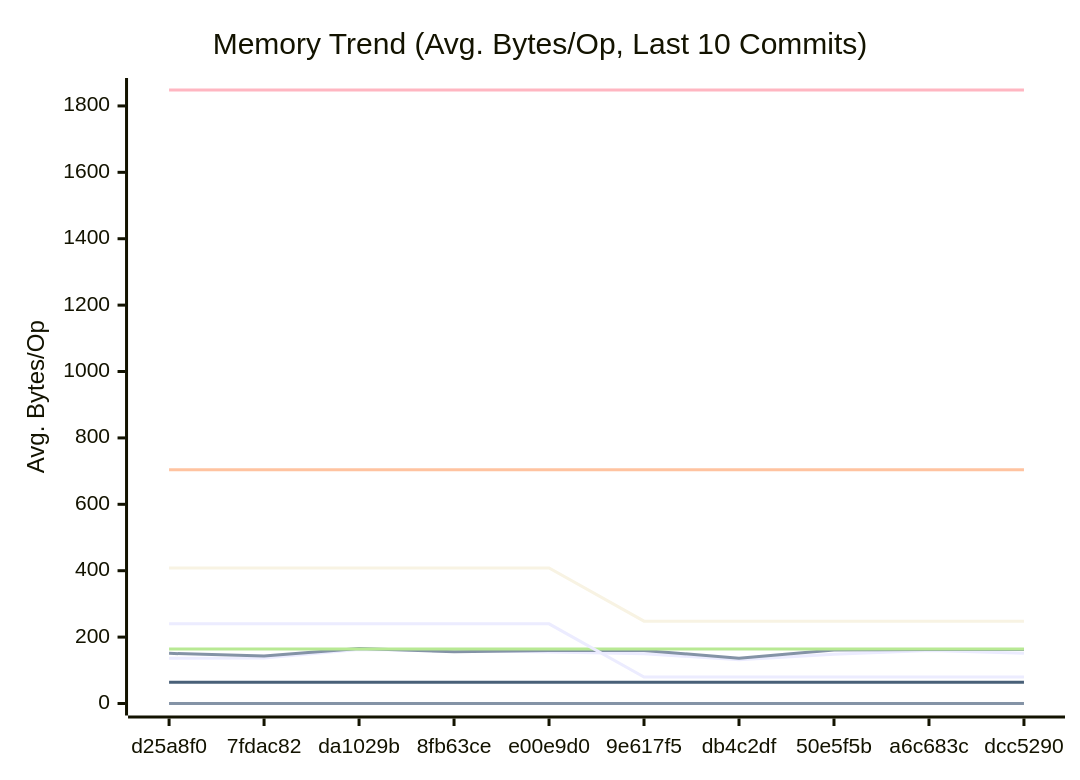
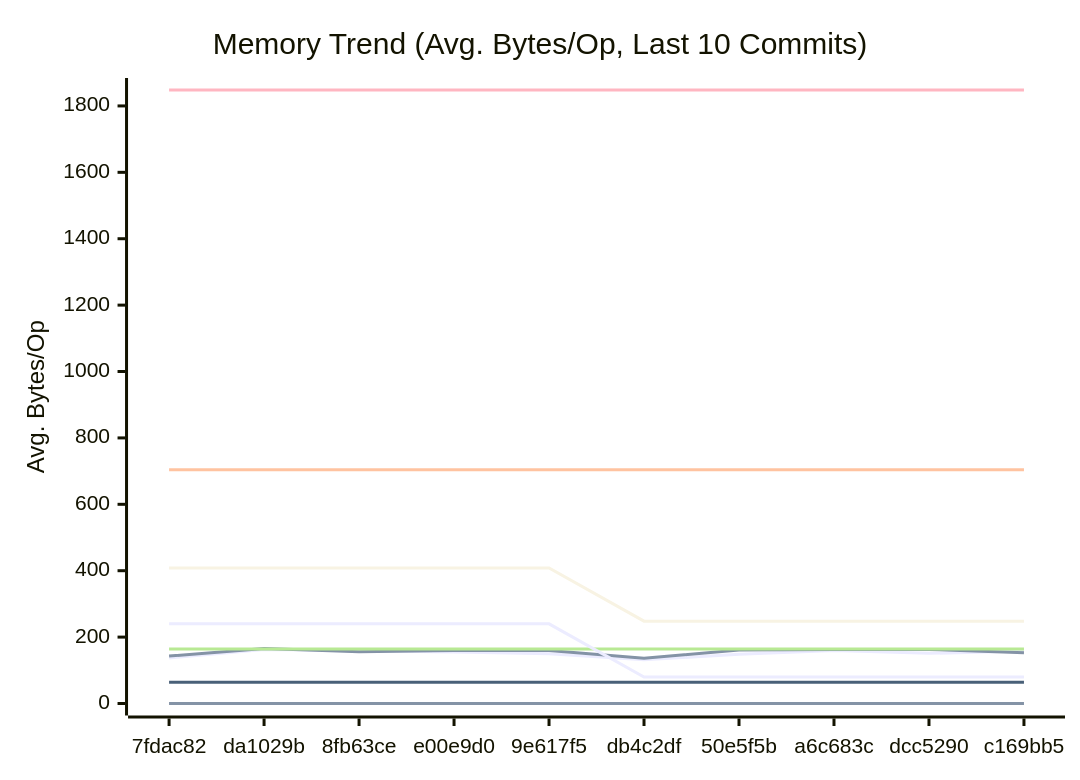
The second of 3 diagrams in docs/PERFORMANCE.md (alsotoes/momo), drawn with Mermaid before and after one commit. The commit also changed other lines of this file and 3 other files, not shown here.

````diff
--- a/docs/PERFORMANCE.md
+++ b/docs/PERFORMANCE.md
@@ -171,20 +171,20 @@
 ```mermaid
 xychart-beta
     title "Memory Trend (Avg. Bytes/Op, Last 10 Commits)"
     x-axis "Commit"
     y-axis "Avg. Bytes/Op"
-    x-axis [d25a8f0,7fdac82,da1029b,8fb63ce,e00e9d0,9e617f5,db4c2df,50e5f5b,a6c683c,dcc5290]
-    line "AWSChunkedReaderSigned" [136,137,163,160,155,150,132,148,160,151]
-    line "AWSChunkedReaderUnsigned" [151,143,166,156,160,160,136,161,163,163]
+    x-axis [7fdac82,da1029b,8fb63ce,e00e9d0,9e617f5,db4c2df,50e5f5b,a6c683c,dcc5290,c169bb5]
+    line "AWSChunkedReaderSigned" [137,163,160,155,150,132,148,160,151,158]
+    line "AWSChunkedReaderUnsigned" [143,166,156,160,160,136,161,163,163,153]
     line "CheckMetricsAndSwap" [0,0,0,0,0,0,0,0,0,0]
     line "CrushOptimized" [0,0,0,0,0,0,0,0,0,0]
     line "CrushOriginal" [164,164,164,164,164,164,164,164,164,164]
     line "IndexDirectTracking" [0,0,0,0,0,0,0,0,0,0]
     line "IndexSearch" [0,0,0,0,0,0,0,0,0,0]
     line "LoadGlobalConfig" [1848,1848,1848,1848,1848,1848,1848,1848,1848,1848]
     line "PadString" [64,64,64,64,64,64,64,64,64,64]
     line "ParseReplicationOrder_NoPrealloc" [408,408,408,408,408,248,248,248,248,248]
     line "ParseReplicationOrder_Prealloc" [240,240,240,240,240,80,80,80,80,80]
     line "SanitizeLog/Safe" [0,0,0,0,0,0,0,0,0,0]
     line "SanitizeLog/Unsafe" [704,704,704,704,704,704,704,704,704,704]
 ```
````
